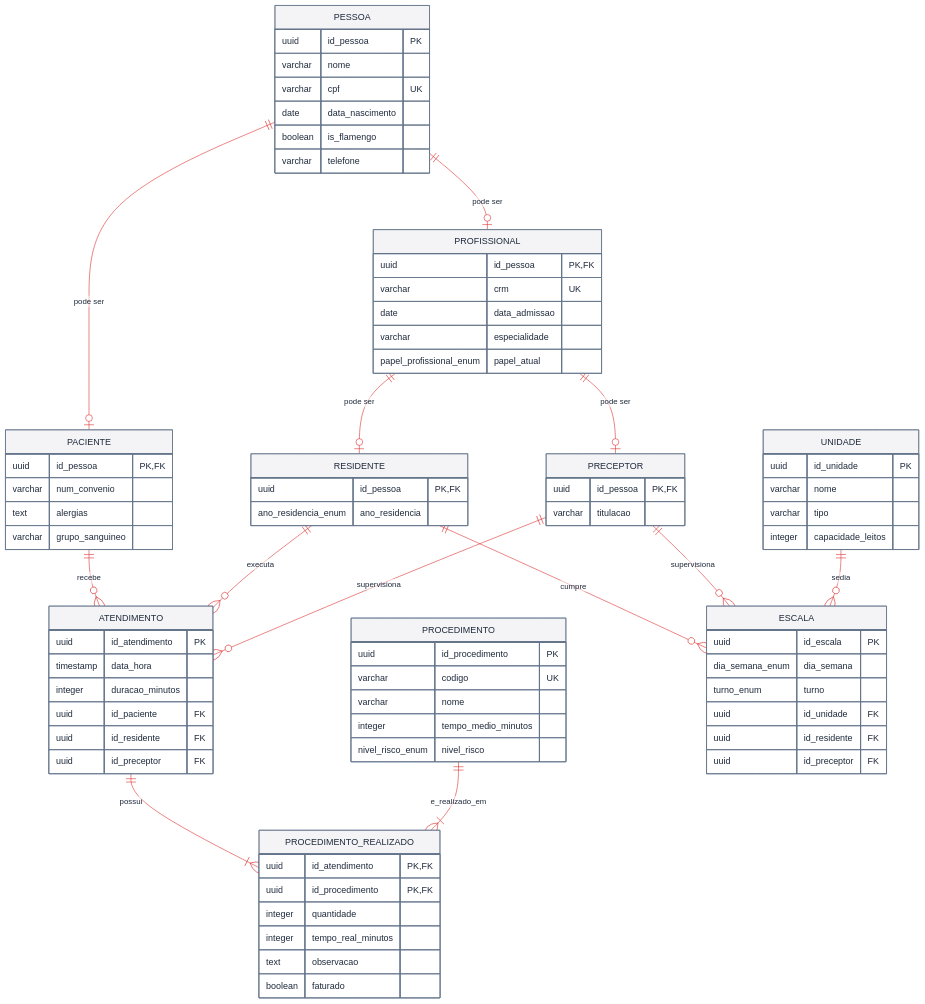
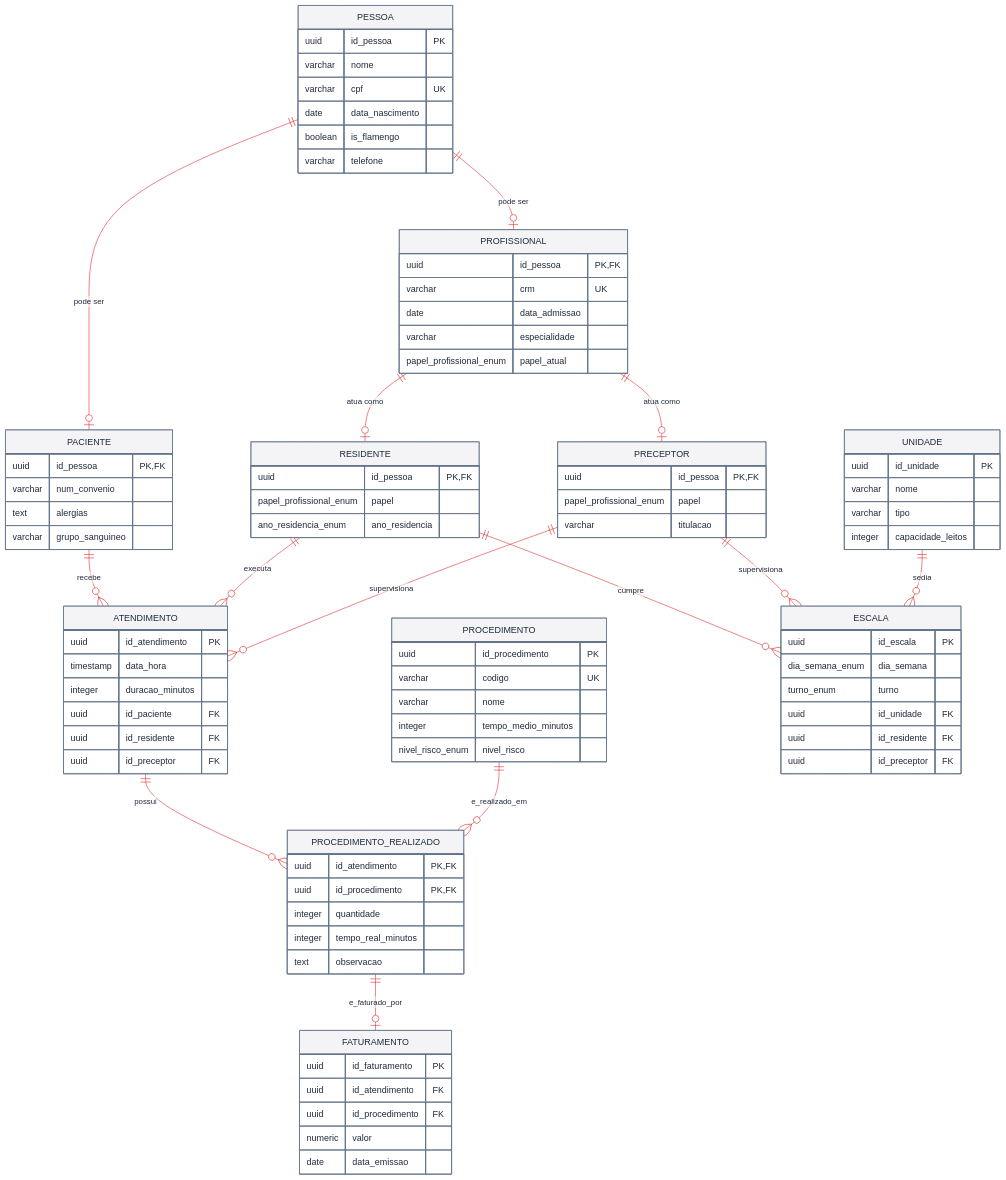
One commit to guilopeszw/hospital-bd changed the diagram in docs/der/der_hospitalar.md. Above: the diagram before and after it, drawn with Mermaid. The commit also changed 3 other files, not shown here.

First line of the commit message:
docs: sincroniza DER, normalizacao e checklist com o schema atual

```diff
--- a/docs/der/der_hospitalar.md
+++ b/docs/der/der_hospitalar.md
@@ -28,11 +28,13 @@
 
     PRECEPTOR {
         uuid id_pessoa PK, FK
+        papel_profissional_enum papel
         varchar titulacao
     }
 
     RESIDENTE {
         uuid id_pessoa PK, FK
+        papel_profissional_enum papel
         ano_residencia_enum ano_residencia
     }
 
@@ -60,7 +62,14 @@
         integer quantidade
         integer tempo_real_minutos
         text observacao
-        boolean faturado
+    }
+
+    FATURAMENTO {
+        uuid id_faturamento PK
+        uuid id_atendimento FK
+        uuid id_procedimento FK
+        numeric valor
+        date data_emissao
     }
 
     ESCALA {
@@ -80,24 +89,33 @@
     }
 
     %% --- Relacionamentos e Cardinalidades ---
-    %% Especialização Core (1:0..1 devido ao Joined Table)
+    %% Especialização Core (1:0..1 — joined table inheritance)
+    %% PROFISSIONAL -> PRECEPTOR/RESIDENTE é disjunta: a coluna `papel`, travada
+    %% por CHECK, + FK composta (id_pessoa, papel) -> PROFISSIONAL(id_pessoa,
+    %% papel_atual) impedem a mesma pessoa de ocupar os dois papéis ao mesmo tempo.
     PESSOA ||--o| PACIENTE : "pode ser"
     PESSOA ||--o| PROFISSIONAL : "pode ser"
-    PROFISSIONAL ||--o| PRECEPTOR : "pode ser"
-    PROFISSIONAL ||--o| RESIDENTE : "pode ser"
+    PROFISSIONAL ||--o| PRECEPTOR : "atua como"
+    PROFISSIONAL ||--o| RESIDENTE : "atua como"
 
     %% Relacionamentos de Atendimento
     PACIENTE ||--o{ ATENDIMENTO : "recebe"
     RESIDENTE ||--o{ ATENDIMENTO : "executa"
     PRECEPTOR ||--o{ ATENDIMENTO : "supervisiona"
 
-    %% Atendimento N:M Procedimento via Tabela Associativa
-    ATENDIMENTO ||--|{ PROCEDIMENTO_REALIZADO : "possui"
-    PROCEDIMENTO ||--|{ PROCEDIMENTO_REALIZADO : "e_realizado_em"
+    %% Atendimento N:M Procedimento via tabela associativa
+    %% (0,N) e não (1,N): um mínimo de 1 filho não é expressável por FK — exigiria trigger.
+    ATENDIMENTO ||--o{ PROCEDIMENTO_REALIZADO : "possui"
+    PROCEDIMENTO ||--o{ PROCEDIMENTO_REALIZADO : "e_realizado_em"
+
+    %% Faturamento: no máximo um por procedimento realizado (UNIQUE na FK composta).
+    %% A FK usa ON DELETE RESTRICT: o banco recusa apagar procedimento já faturado.
+    PROCEDIMENTO_REALIZADO ||--o| FATURAMENTO : "e_faturado_por"
 
     %% Escalas e Unidades
-    %% UNIQUE(id_unidade, dia_semana, turno, id_residente): um residente
-    %% só pode ter um preceptor supervisor por unidade/dia/turno.
+    %% UNIQUE(id_unidade, dia_semana, turno, id_residente): um residente só pode ter
+    %% um preceptor supervisor por unidade/dia/turno. id_preceptor fica fora da chave
+    %% de propósito — assim um mesmo preceptor pode supervisionar vários residentes.
     RESIDENTE ||--o{ ESCALA : "cumpre"
     PRECEPTOR ||--o{ ESCALA : "supervisiona"
     UNIDADE ||--o{ ESCALA : "sedia"
```
